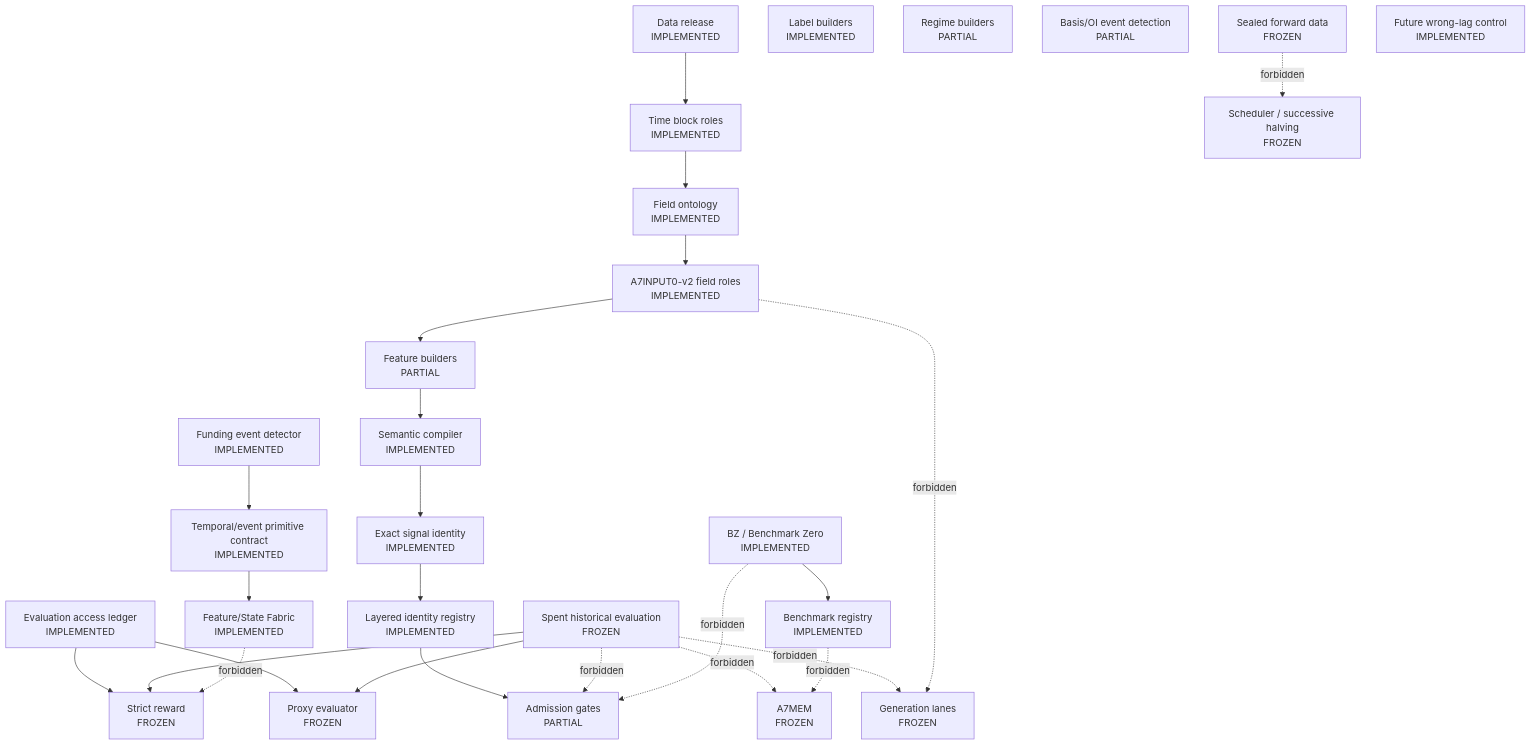
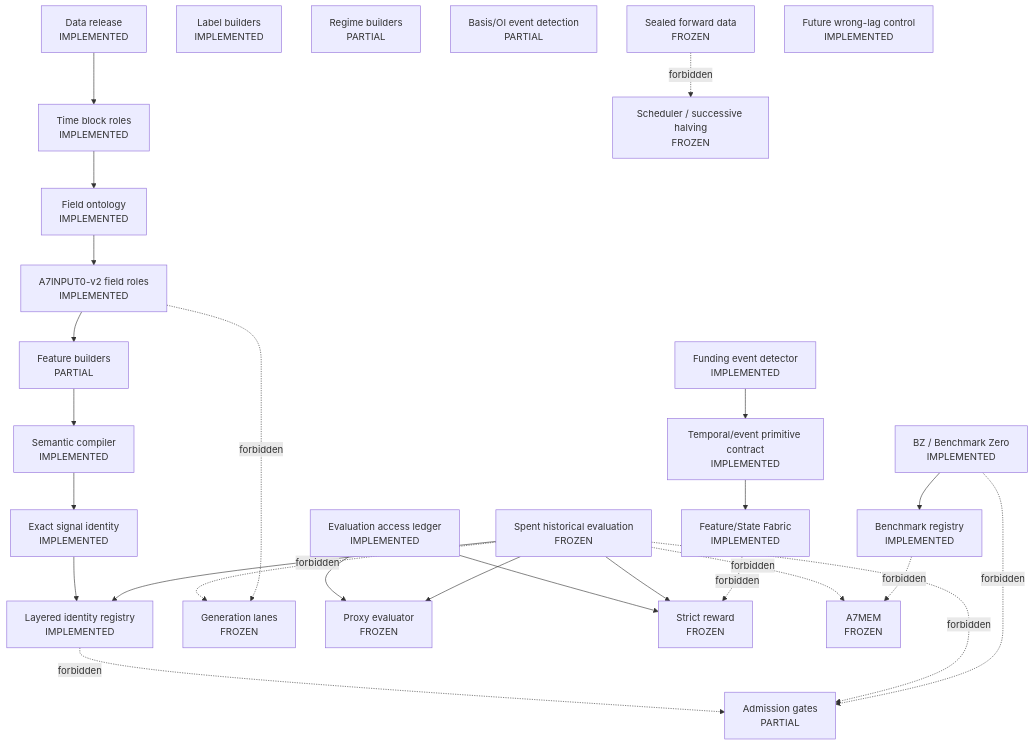
One commit to weisssschnee/alpha_pit_engine_crypto_20260519 changed the diagram in .planning/graphs/CURRENT_ARCHITECTURE.md. Above: the diagram before and after it, drawn with Mermaid. The commit also changed other lines of this file and 20 other files, not shown here.

````diff
--- a/.planning/graphs/CURRENT_ARCHITECTURE.md
+++ b/.planning/graphs/CURRENT_ARCHITECTURE.md
@@ -11,52 +11,53 @@
 ```mermaid
 flowchart TD
   control_data_release["Data release\nIMPLEMENTED"]
   control_time_block_roles["Time block roles\nIMPLEMENTED"]
   control_field_ontology["Field ontology\nIMPLEMENTED"]
   control_a7input0["A7INPUT0-v2 field roles\nIMPLEMENTED"]
   control_feature_builder["Feature builders\nPARTIAL"]
   control_label_builder["Label builders\nIMPLEMENTED"]
   control_regime_builder["Regime builders\nPARTIAL"]
   control_funding_event_detector["Funding event detector\nIMPLEMENTED"]
   control_basis_oi_event_detection["Basis/OI event detection\nPARTIAL"]
   control_semantic_compiler["Semantic compiler\nIMPLEMENTED"]
   control_exact_signal_identity["Exact signal identity\nIMPLEMENTED"]
   control_identity_registry["Layered identity registry\nIMPLEMENTED"]
   control_generation_lanes["Generation lanes\nFROZEN"]
   control_proxy["Proxy evaluator\nFROZEN"]
   control_strict_reward["Strict reward\nFROZEN"]
   control_admission["Admission gates\nPARTIAL"]
   control_a7mem["A7MEM\nFROZEN"]
   control_scheduler["Scheduler / successive halving\nFROZEN"]
   control_benchmark_registry["Benchmark registry\nIMPLEMENTED"]
   control_evaluation_access_ledger["Evaluation access ledger\nIMPLEMENTED"]
   control_spent_evaluation["Spent historical evaluation\nFROZEN"]
   control_sealed_forward["Sealed forward data\nFROZEN"]
   control_future_wrong_lag["Future wrong-lag control\nIMPLEMENTED"]
   control_bz["BZ / Benchmark Zero\nIMPLEMENTED"]
   control_temporal_event_contract["Temporal/event primitive contract\nIMPLEMENTED"]
   control_feature_state_fabric["Feature/State Fabric\nIMPLEMENTED"]
   control_data_release --> control_time_block_roles
   control_time_block_roles --> control_field_ontology
   control_field_ontology --> control_a7input0
   control_a7input0 --> control_feature_builder
   control_feature_builder --> control_semantic_compiler
   control_semantic_compiler --> control_exact_signal_identity
   control_exact_signal_identity --> control_identity_registry
-  control_identity_registry --> control_admission
+  control_identity_registry -. forbidden .-> control_admission
+  control_spent_evaluation --> control_identity_registry
   control_evaluation_access_ledger --> control_proxy
   control_evaluation_access_ledger --> control_strict_reward
   control_funding_event_detector --> control_temporal_event_contract
   control_temporal_event_contract --> control_feature_state_fabric
   control_bz --> control_benchmark_registry
   control_spent_evaluation --> control_proxy
   control_spent_evaluation --> control_strict_reward
   control_spent_evaluation -. forbidden .-> control_admission
   control_spent_evaluation -. forbidden .-> control_generation_lanes
   control_spent_evaluation -. forbidden .-> control_a7mem
   control_sealed_forward -. forbidden .-> control_scheduler
   control_benchmark_registry -. forbidden .-> control_a7mem
   control_feature_state_fabric -. forbidden .-> control_strict_reward
   control_a7input0 -. forbidden .-> control_generation_lanes
   control_bz -. forbidden .-> control_admission
 ```
````
